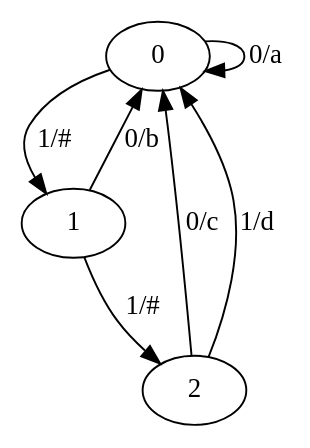
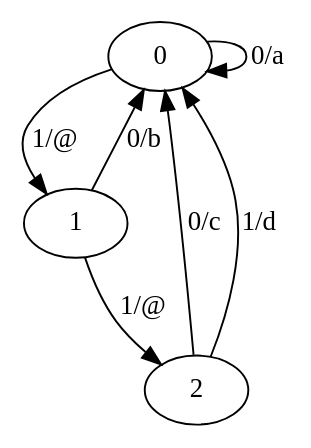
The diagram in src/dotImage/graph.dot (Eterniitys/prjt_compilation), drawn with Graphviz before and after one commit. The commit also changed 3 other files, not shown here.

```diff
--- a/src/dotImage/graph.dot
+++ b/src/dotImage/graph.dot
@@ -1,8 +1,8 @@
 digraph automate {
 	0 -> 0 [label="0/a"];
-	0 -> 1 [label="1/#"];
+	0 -> 1 [label="1/@"];
 	1 -> 0 [label="0/b"];
-	1 -> 2 [label="1/#"];
+	1 -> 2 [label="1/@"];
 	2 -> 0 [label="0/c"];
 	2 -> 0 [label="1/d"];
 }
```
